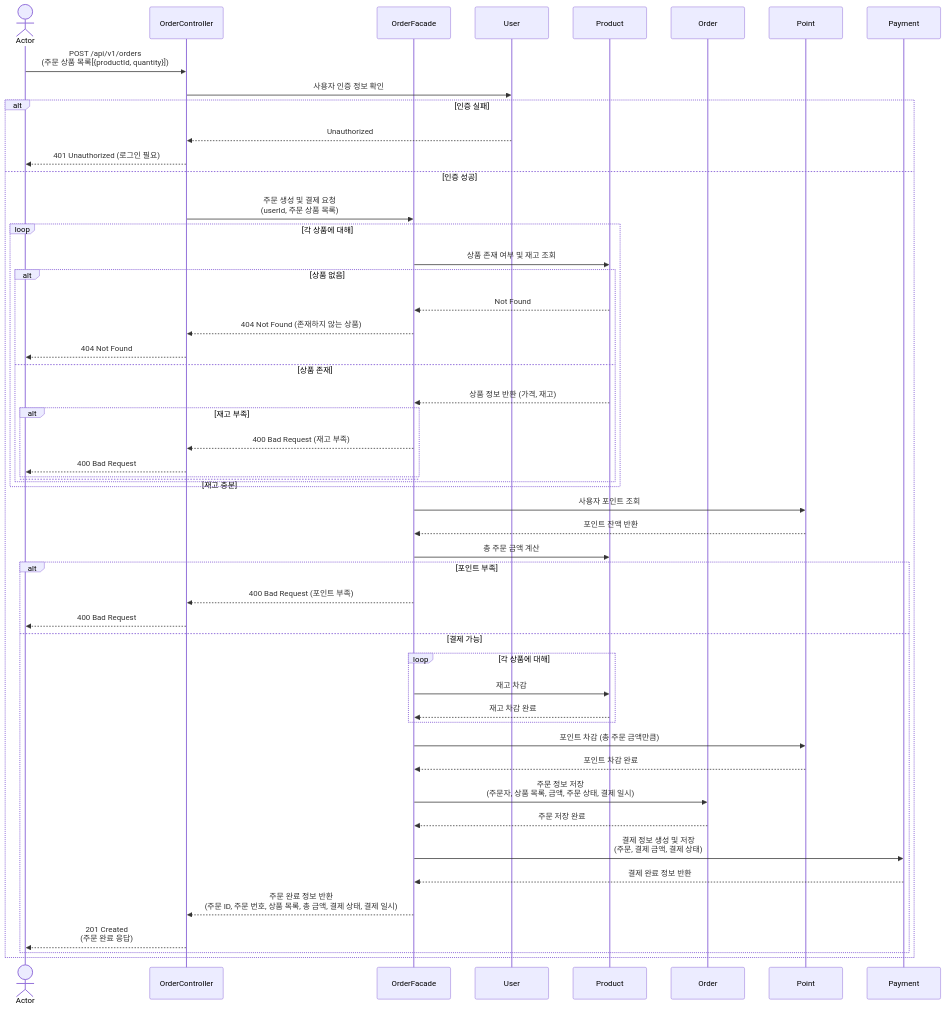
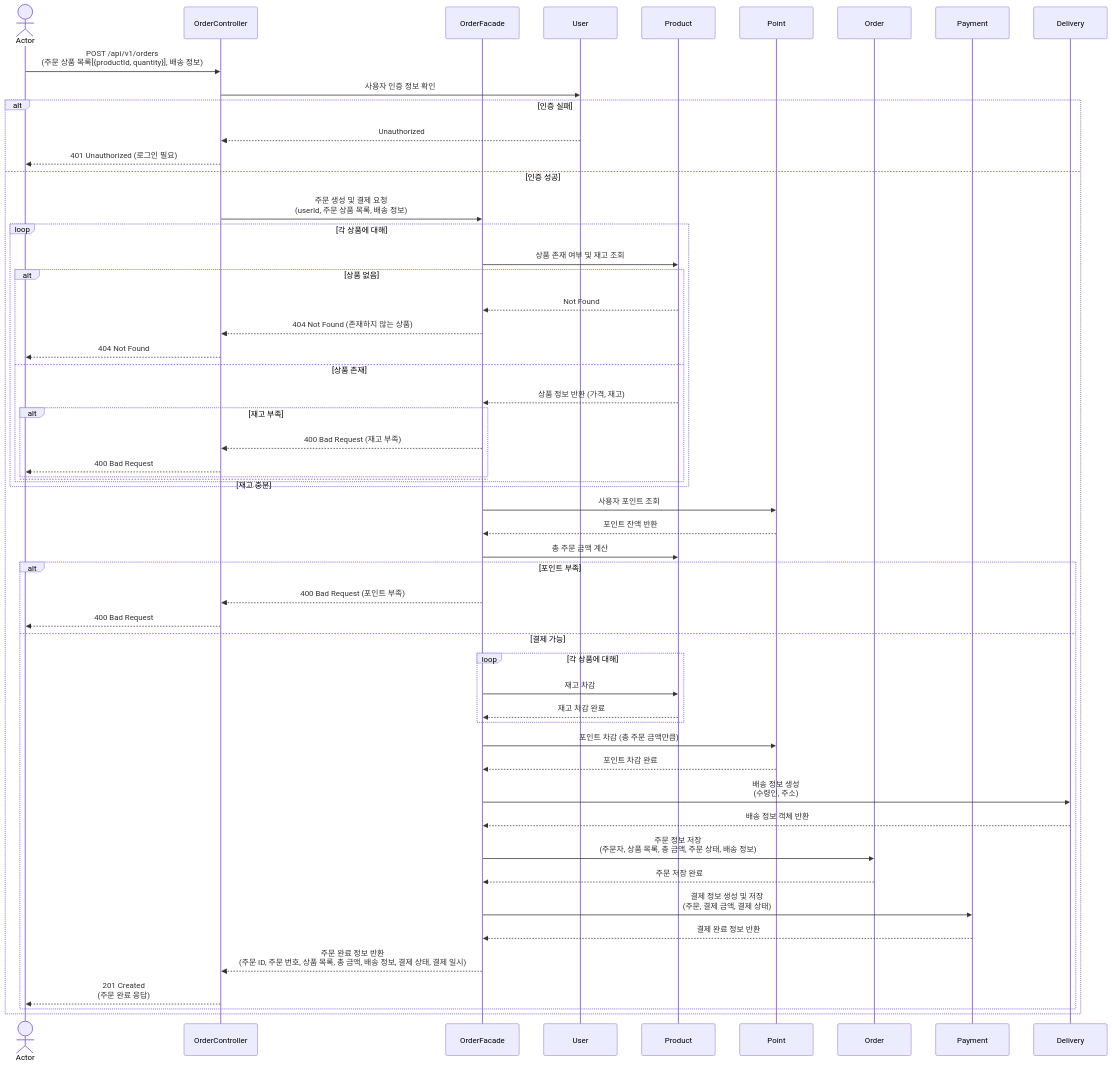
The seventh of 9 diagrams in docs/design/02-sequence-diagrams.md (yeonsu00/loopers-spring-java-template), drawn with Mermaid before and after one commit. The commit also changed 1 other file, not shown here.

Commit message:
docs: 요구사항 명세, 시퀀스 다이어그램 수정 - 주문 요청 기능에 배송 정보 추가

````diff
--- a/docs/design/02-sequence-diagrams.md
+++ b/docs/design/02-sequence-diagrams.md
@@ -232,62 +232,66 @@
 ```mermaid
 sequenceDiagram
     actor a as Actor
     participant Controller as OrderController
     participant Facade as OrderFacade
     participant User as User
     participant Product as Product
+    participant Point as Point
     participant Order as Order
-    participant Point as Point
     participant Payment as Payment
+    participant Delivery as Delivery
 
-    a ->> Controller: POST /api/v1/orders<br/>(주문 상품 목록[{productId, quantity}])
+    a ->> Controller: POST /api/v1/orders<br/>(주문 상품 목록[{productId, quantity}], 배송 정보)
     Controller ->> User: 사용자 인증 정보 확인
     alt 인증 실패
         User -->> Controller: Unauthorized
         Controller -->> a: 401 Unauthorized (로그인 필요)
     else 인증 성공
-        Controller ->> Facade: 주문 생성 및 결제 요청<br/>(userId, 주문 상품 목록)
+        Controller ->> Facade: 주문 생성 및 결제 요청<br/>(userId, 주문 상품 목록, 배송 정보)
 
         loop 각 상품에 대해
             Facade ->> Product: 상품 존재 여부 및 재고 조회
             alt 상품 없음
                 Product -->> Facade: Not Found
                 Facade -->> Controller: 404 Not Found (존재하지 않는 상품)
                 Controller -->> a: 404 Not Found
             else 상품 존재
                 Product -->> Facade: 상품 정보 반환 (가격, 재고)
                 alt 재고 부족
                     Facade -->> Controller: 400 Bad Request (재고 부족)
                     Controller -->> a: 400 Bad Request
                 else 재고 충분
                 end
             end
         end
 
         Facade ->> Point: 사용자 포인트 조회
         Point -->> Facade: 포인트 잔액 반환
 
         Facade ->> Product: 총 주문 금액 계산
         alt 포인트 부족
             Facade -->> Controller: 400 Bad Request (포인트 부족)
             Controller -->> a: 400 Bad Request
         else 결제 가능
             loop 각 상품에 대해
                 Facade ->> Product: 재고 차감
                 Product -->> Facade: 재고 차감 완료
             end
 
             Facade ->> Point: 포인트 차감 (총 주문 금액만큼)
             Point -->> Facade: 포인트 차감 완료
 
-            Facade ->> Order: 주문 정보 저장<br/>(주문자, 상품 목록, 금액, 주문 상태, 결제 일시)
+            Facade ->> Delivery: 배송 정보 생성<br/>(수령인, 주소)
+            Delivery -->> Facade: 배송 정보 객체 반환
+
+            Facade ->> Order: 주문 정보 저장<br/>(주문자, 상품 목록, 총 금액, 주문 상태, 배송 정보)
             Order -->> Facade: 주문 저장 완료
 
             Facade ->> Payment: 결제 정보 생성 및 저장<br/>(주문, 결제 금액, 결제 상태)
             Payment -->> Facade: 결제 완료 정보 반환
 
-            Facade -->> Controller: 주문 완료 정보 반환<br/>(주문 ID, 주문 번호, 상품 목록, 총 금액, 결제 상태, 결제 일시)
+            Facade -->> Controller: 주문 완료 정보 반환<br/>(주문 ID, 주문 번호, 상품 목록, 총 금액, 배송 정보, 결제 상태, 결제 일시)
             Controller -->> a: 201 Created<br/>(주문 완료 응답)
         end
     end
 ```
````
